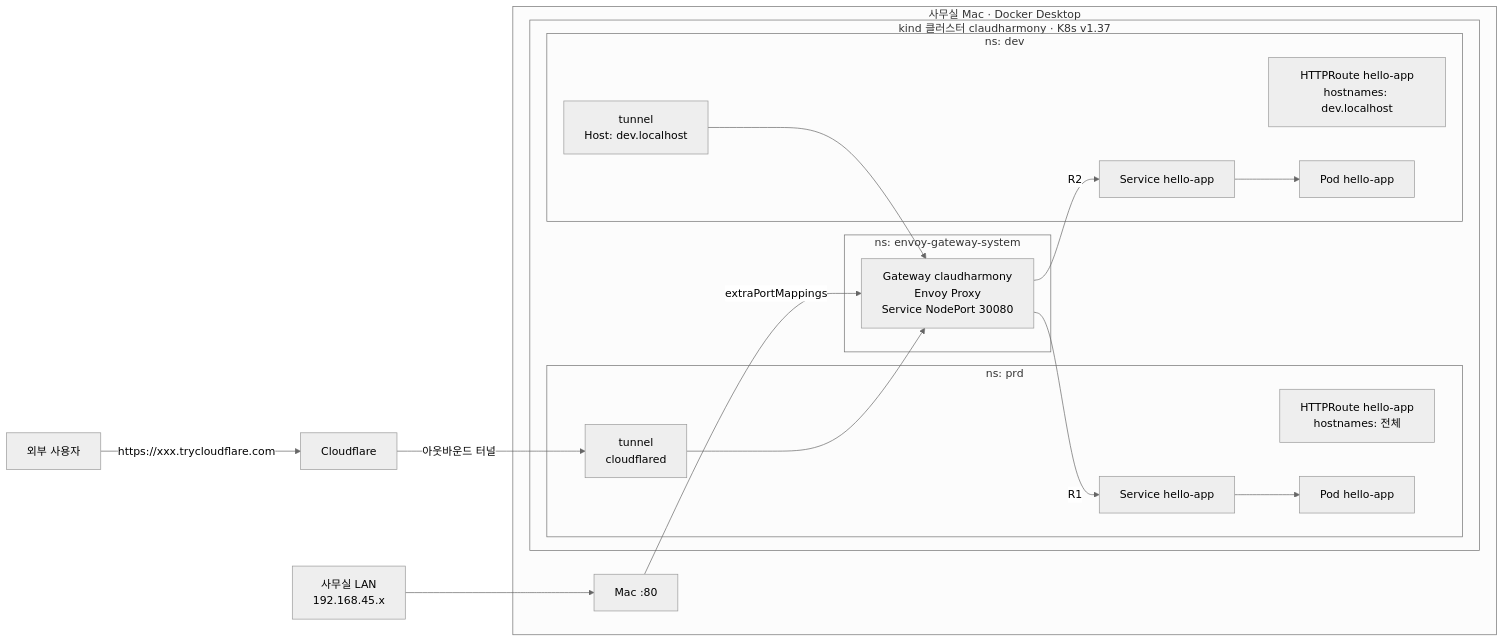
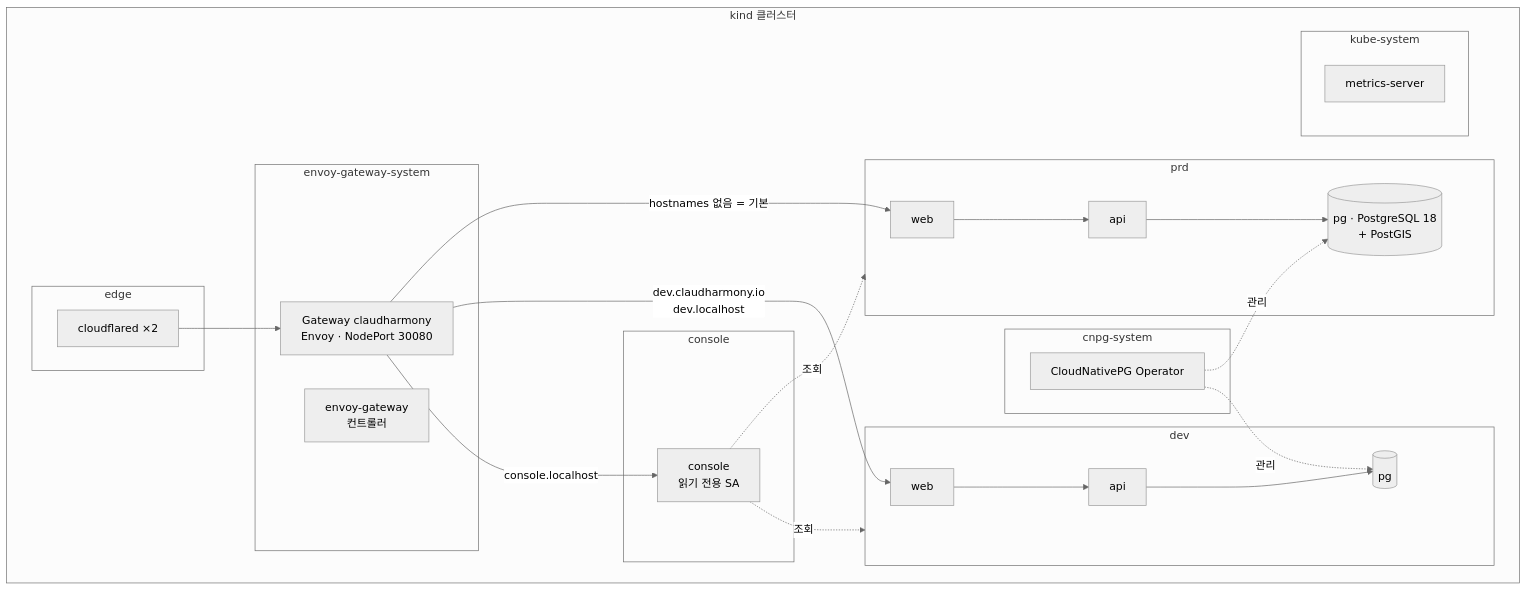
Before and after one commit to ParkSeWoo/claudharmony-infra: the third of 6 diagrams in docs/01-architecture.md, drawn with Mermaid (neutral theme). The commit also changed other lines of this file and 5 other files, not shown here.

First line of the commit message:
docs: architecture overhaul (01) and learning guide (11); worklog 34-35

````diff
--- a/docs/01-architecture.md
+++ b/docs/01-architecture.md
@@ -11,29 +61,33 @@
 ```mermaid
-flowchart LR
-    U[외부 사용자] -->|https://xxx.trycloudflare.com| CF[Cloudflare]
-    CF -->|아웃바운드 터널| T
-
-    subgraph MAC[사무실 Mac · Docker Desktop]
-      subgraph K8S[kind 클러스터 claudharmony · K8s v1.37]
-        subgraph EGS[ns: envoy-gateway-system]
-          GW[Gateway claudharmony<br/>Envoy Proxy<br/>Service NodePort 30080]
-        end
-        subgraph PRD[ns: prd]
-          T[tunnel<br/>cloudflared]
-          R1[HTTPRoute hello-app<br/>hostnames: 전체]
-          S1[Service hello-app] --> P1[Pod hello-app]
-        end
-        subgraph DEV[ns: dev]
-          T2[tunnel<br/>Host: dev.localhost]
-          R2[HTTPRoute hello-app<br/>hostnames: dev.localhost]
-          S2[Service hello-app] --> P2[Pod hello-app]
-        end
-        T --> GW
-        T2 --> GW
-        GW -- R1 --> S1
-        GW -- R2 --> S2
+flowchart TB
+    subgraph K8S[kind 클러스터]
+      subgraph EGS[envoy-gateway-system]
+        EG[envoy-gateway<br/>컨트롤러]
+        GW[Gateway claudharmony<br/>Envoy · NodePort 30080]
       end
-      L[Mac :80] -->|extraPortMappings| GW
+      subgraph EDGE[edge]
+        CFD[cloudflared ×2]
+      end
+      subgraph PRD[prd]
+        PW[web] --> PA[api] --> PPG[(pg · PostgreSQL 18<br/>+ PostGIS)]
+      end
+      subgraph DEV[dev]
+        DW[web] --> DA[api] --> DPG[(pg)]
+      end
+      subgraph CON[console]
+        C[console<br/>읽기 전용 SA]
+      end
+      subgraph CNPG[cnpg-system]
+        OP[CloudNativePG Operator]
+      end
+      subgraph KS[kube-system]
+        MS[metrics-server]
+      end
+      CFD --> GW
+      GW -->|hostnames 없음 = 기본| PW
+      GW -->|dev.claudharmony.io<br/>dev.localhost| DW
+      GW -->|console.localhost| C
+      OP -. 관리 .-> PPG & DPG
+      C -. 조회 .-> PRD & DEV
     end
-    LAN[사무실 LAN<br/>192.168.45.x] --> L
 ```
````
